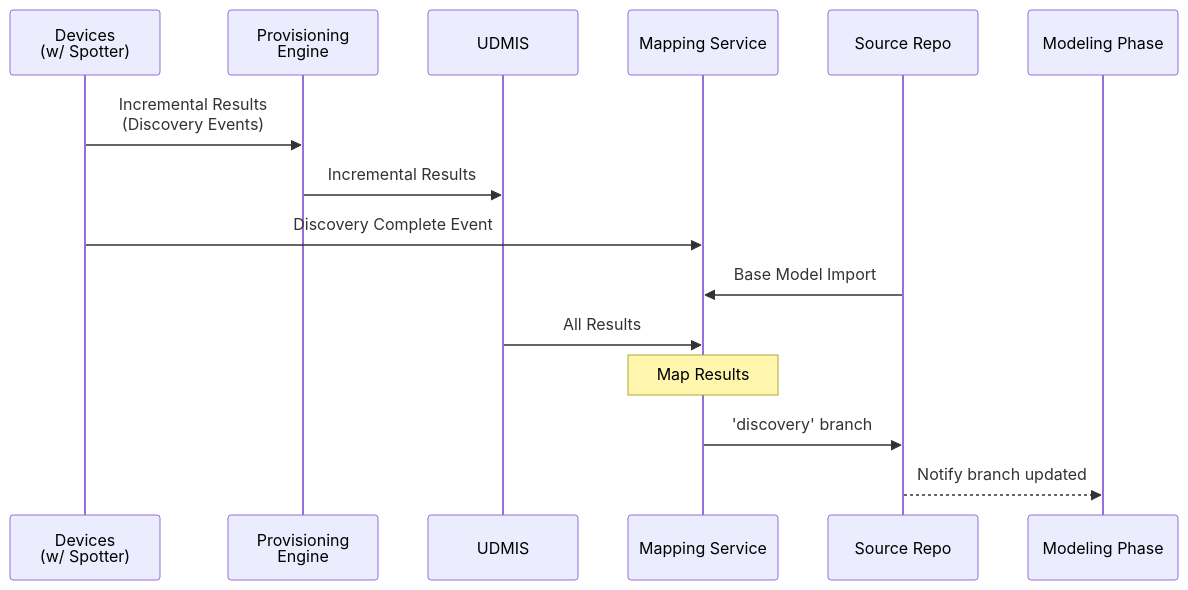
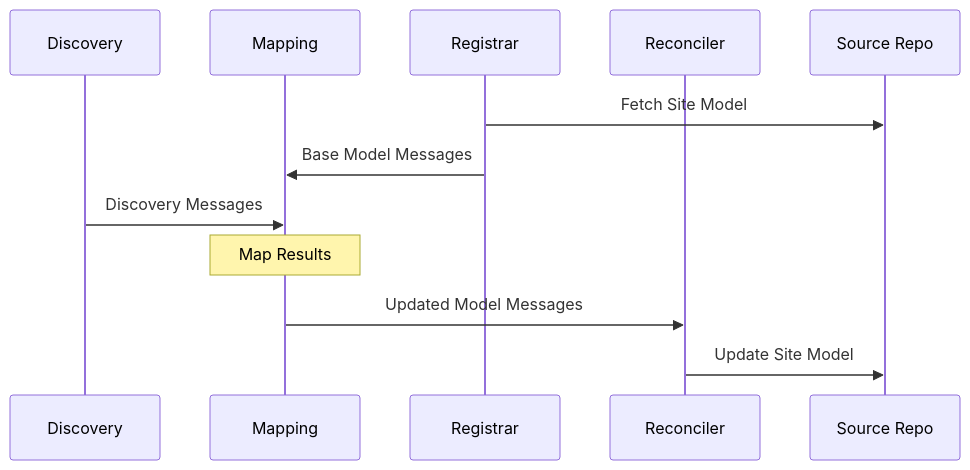
The first of 2 diagrams in docs/specs/mapping.md (faucetsdn/udmi), drawn with Mermaid before and after one commit. The commit also changed other lines of this file and 117 other files, not shown here.

Commit message:
Updating mapping flow to new UUFI python utility (#1422)

````diff
--- a/docs/specs/mapping.md
+++ b/docs/specs/mapping.md
@@ -25,18 +22,16 @@
 ```mermaid
 sequenceDiagram
   %%{wrap}%%
-  participant Devices as Devices<br/>(w/ Spotter)
-  participant Provisioning Engine
-  participant UDMIS
-  participant Mapping Service
-  participant Source Repo 
-  participant Modeling Phase
-  Devices->>Provisioning Engine: Incremental Results<br/>(Discovery Events)
-  Provisioning Engine->>UDMIS: Incremental Results
-  Devices->>Mapping Service: Discovery Complete Event
-  Source Repo->>Mapping Service: Base Model Import
-  UDMIS->>Mapping Service: All Results
-  Note over Mapping Service: Map Results
-  Mapping Service->>Source Repo: 'discovery' branch
-  Source Repo-->>Modeling Phase: Notify branch updated
+  participant Discovery
+  participant Mapping
+  participant Registrar
+  participant Reconciler
+  participant Source Repo
+  
+  Registrar->>Source Repo: Fetch Site Model
+  Registrar->>Mapping: Base Model Messages
+  Discovery->>Mapping: Discovery Messages
+  Note over Mapping: Map Results
+  Mapping->>Reconciler: Updated Model Messages
+  Reconciler->>Source Repo: Update Site Model
 ```
````
